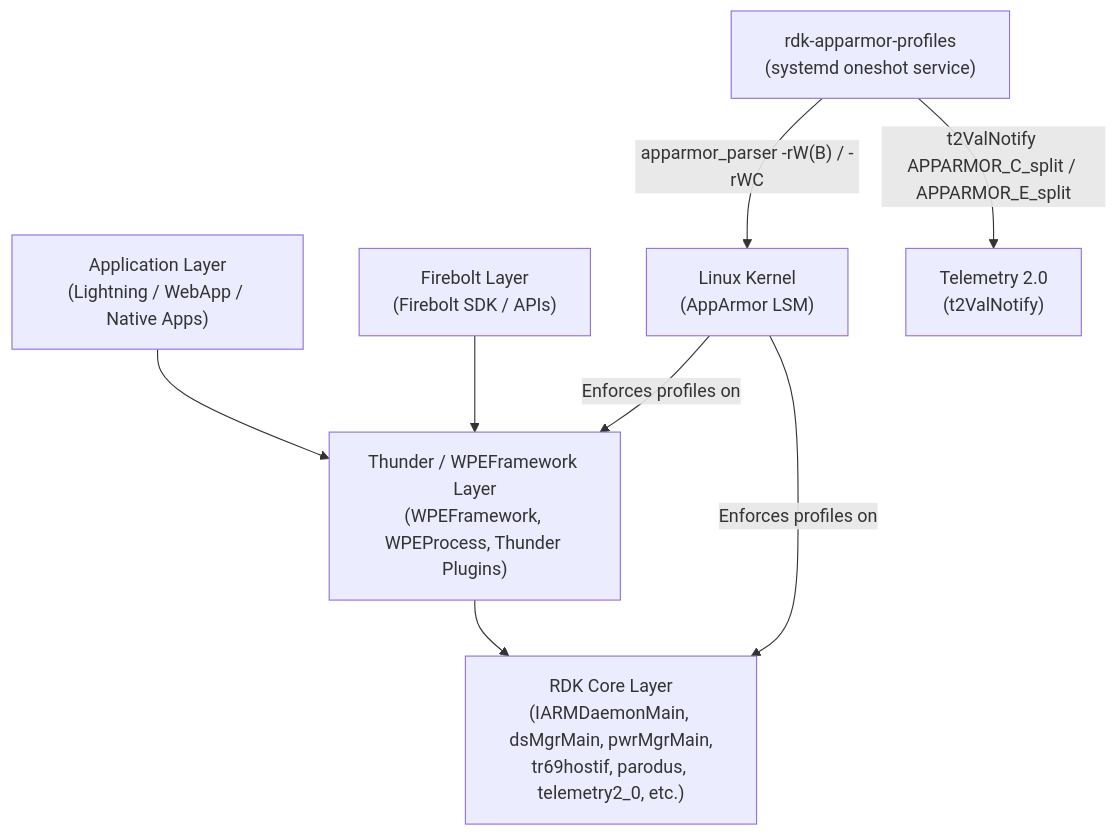
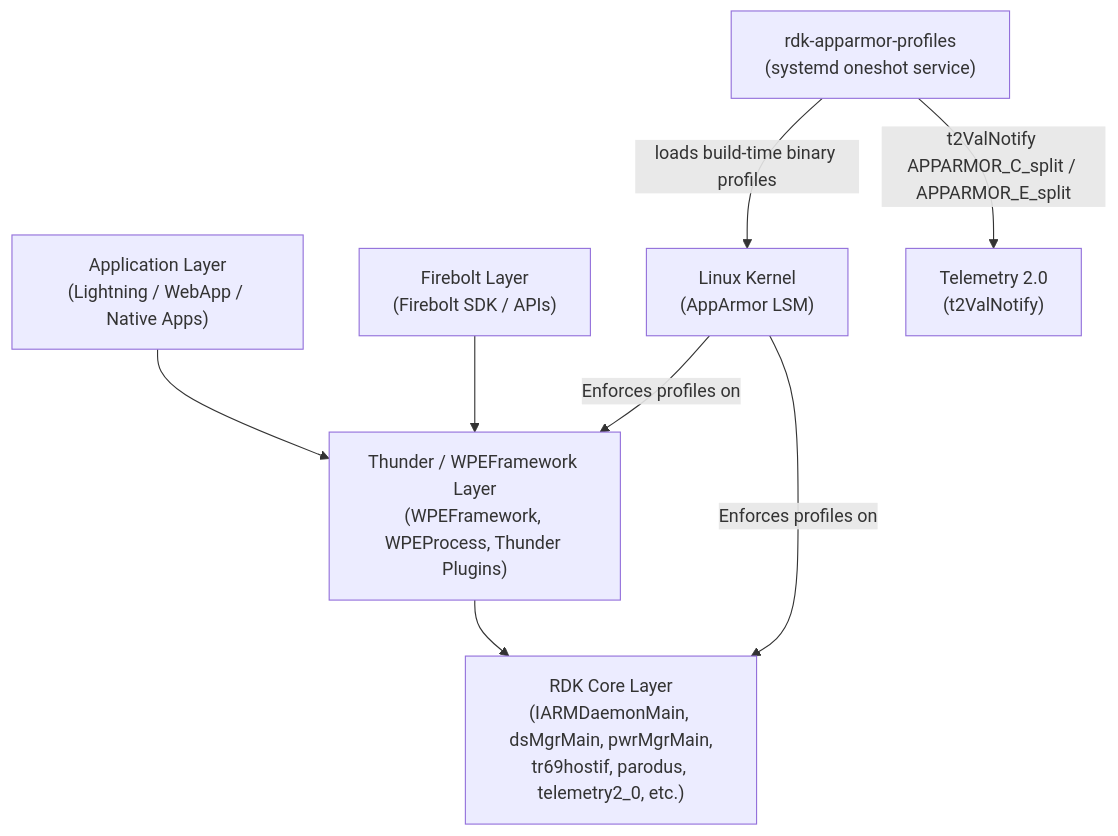
The first of 8 diagrams in README.md (rdkcentral/rdk-apparmor-profiles), drawn with Mermaid before and after one commit. The commit also changed other lines of this file, not shown here.

````diff
--- a/README.md
+++ b/README.md
@@ -13,18 +13,18 @@
 ```mermaid
 graph TD
     AppLayer["Application Layer<br/>(Lightning / WebApp / Native Apps)"]
     FireboltLayer["Firebolt Layer<br/>(Firebolt SDK / APIs)"]
     ThunderLayer["Thunder / WPEFramework Layer<br/>(WPEFramework, WPEProcess, Thunder Plugins)"]
     RDKCoreLayer["RDK Core Layer<br/>(IARMDaemonMain, dsMgrMain, pwrMgrMain,<br/>tr69hostif, parodus, telemetry2_0, etc.)"]
     ApparmorComp["rdk-apparmor-profiles<br/>(systemd oneshot service)"]
     KernelLayer["Linux Kernel<br/>(AppArmor LSM)"]
     Telemetry["Telemetry 2.0<br/>(t2ValNotify)"]
 
     AppLayer --> ThunderLayer
     FireboltLayer --> ThunderLayer
     ThunderLayer --> RDKCoreLayer
-    ApparmorComp -->|"apparmor_parser -rW(B) / -rWC"| KernelLayer
+    ApparmorComp -->|"loads build-time binary profiles"| KernelLayer
     KernelLayer -->|"Enforces profiles on"| ThunderLayer
     KernelLayer -->|"Enforces profiles on"| RDKCoreLayer
     ApparmorComp -->|"t2ValNotify APPARMOR_C_split / APPARMOR_E_split"| Telemetry
 ```
````
